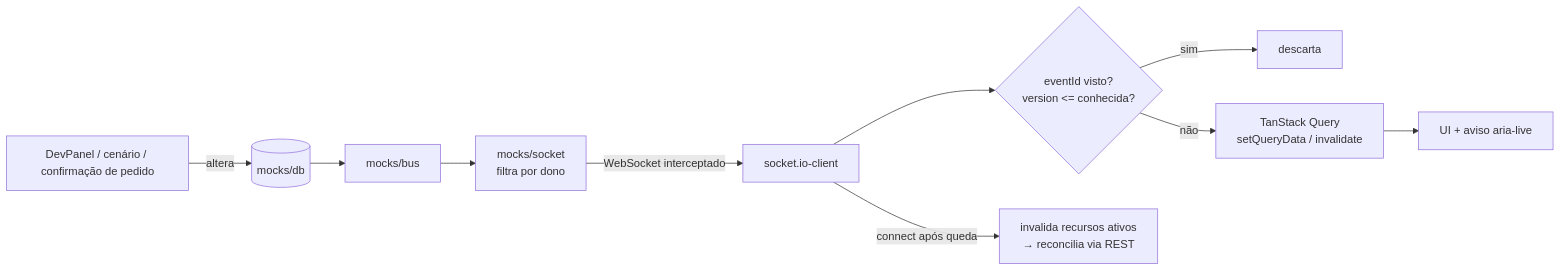
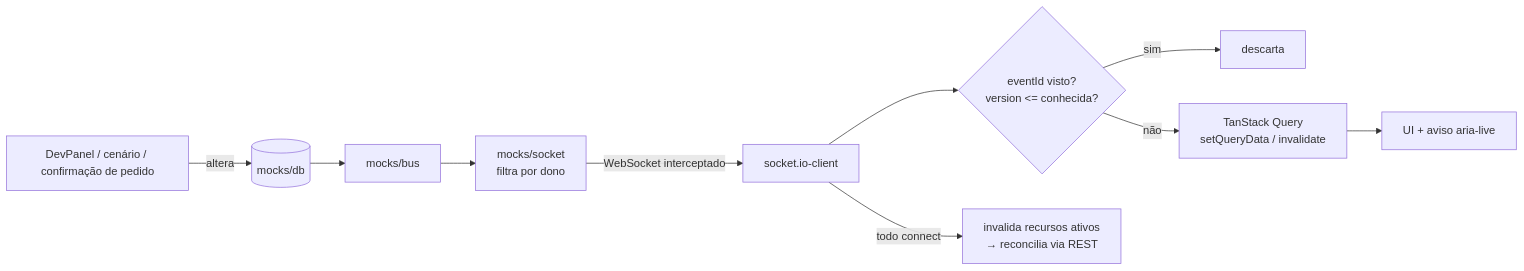
Before and after one commit to VictorAlexandreLeitePolonio/frontend-challenge: the first of 2 diagrams in ARCHITECTURE.md, drawn with Mermaid. The commit also changed other lines of this file and 4 other files, not shown here.

````diff
--- a/ARCHITECTURE.md
+++ b/ARCHITECTURE.md
@@ -58,12 +58,12 @@
 ```mermaid
 flowchart LR
   A[DevPanel / cenário / confirmação de pedido] -->|altera| DB[(mocks/db)]
   DB --> B[mocks/bus]
   B --> WS[mocks/socket<br/>filtra por dono]
   WS -->|WebSocket interceptado| IO[socket.io-client]
   IO --> V{eventId visto?<br/>version <= conhecida?}
   V -->|sim| X[descarta]
   V -->|não| Q[TanStack Query<br/>setQueryData / invalidate]
   Q --> UI[UI + aviso aria-live]
-  IO -->|connect após queda| R[invalida recursos ativos<br/>→ reconcilia via REST]
+  IO -->|todo connect| R[invalida recursos ativos<br/>→ reconcilia via REST]
 ```
````
